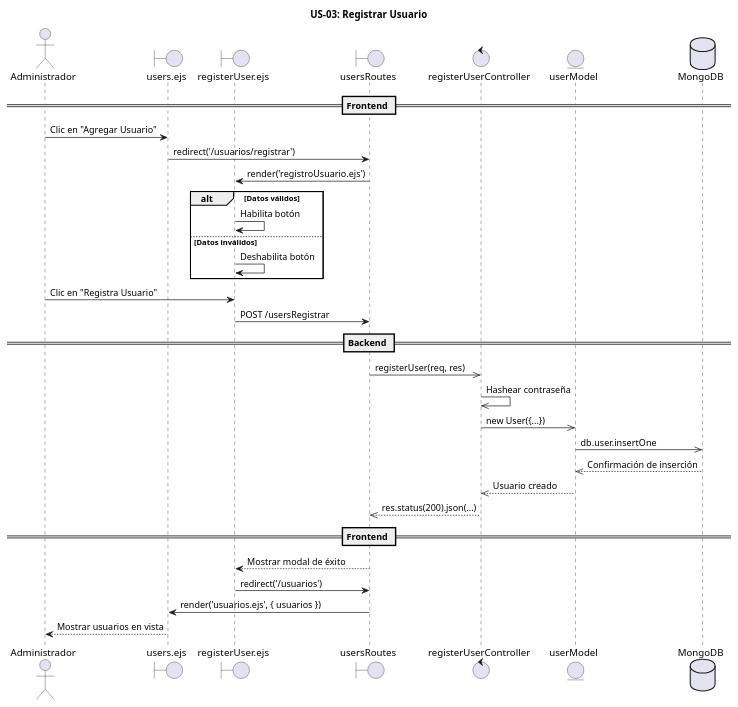
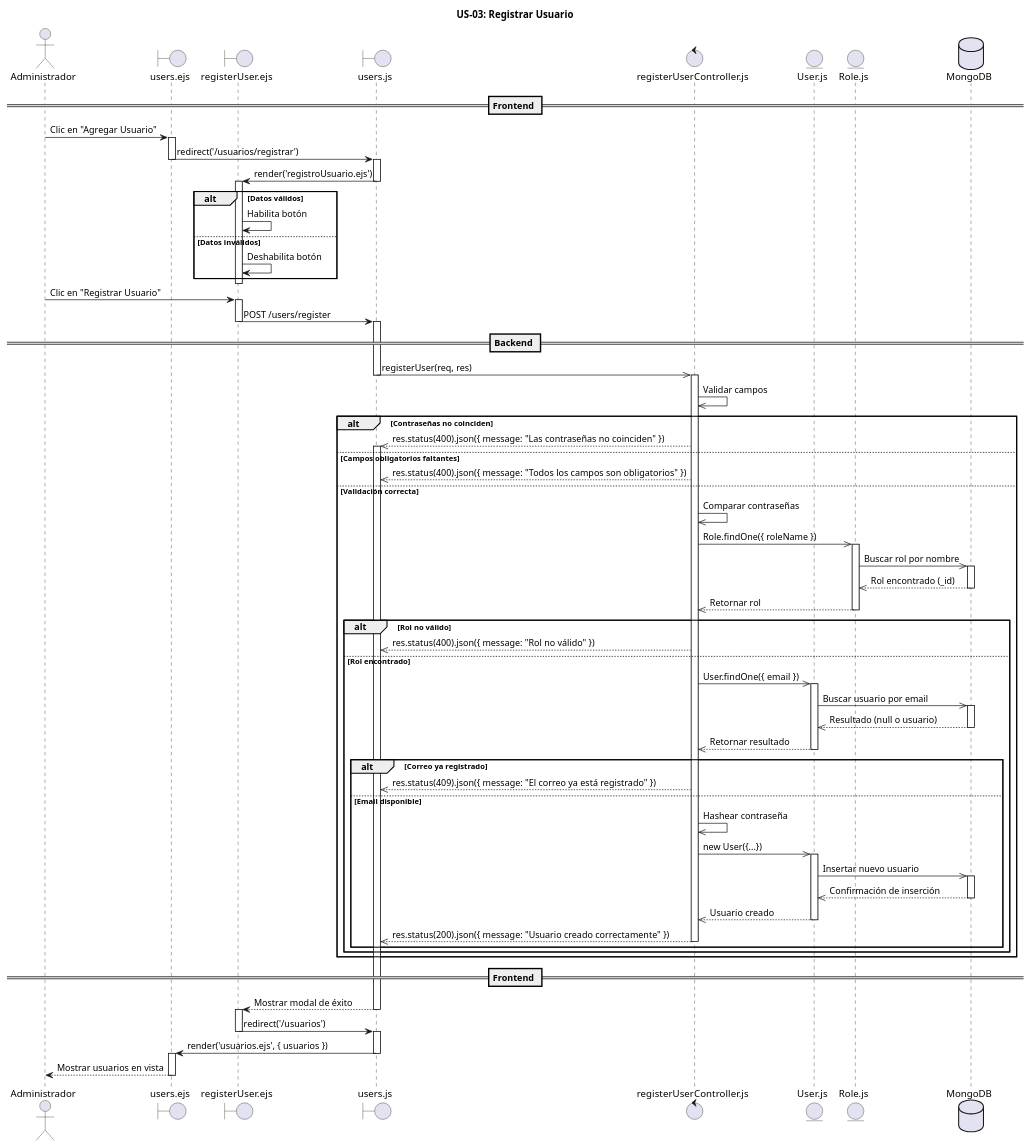
The diagram in MVP/US-03-registrarUsuario/US-03-registrarUsuario.puml (PIX3L-IT/dieselflow-dise-o), drawn with PlantUML before and after one commit. The commit also changed 3 other files, not shown here.

Commit message:
fix: registrar Usuario

```diff
--- a/MVP/US-03-registrarUsuario/US-03-registrarUsuario.puml
+++ b/MVP/US-03-registrarUsuario/US-03-registrarUsuario.puml
@@ -1,44 +1,112 @@
 @startuml
 title US-03: Registrar Usuario
 
 actor Administrador
 
 boundary "users.ejs" as VistaUsuarios
 boundary "registerUser.ejs" as VistaRegistro
-boundary "usersRoutes" as Router
-control "registerUserController" as Controller
-entity "userModel" as Modelo
+boundary "users.js" as Router
+control "registerUserController.js" as Controller
+entity "User.js" as UserModel
+entity "Role.js" as RoleModel
 database "MongoDB" as DB
 
 == Frontend ==
 Administrador -> VistaUsuarios : Clic en "Agregar Usuario"
+activate VistaUsuarios
 VistaUsuarios -> Router : redirect('/usuarios/registrar')
+deactivate VistaUsuarios
+
+activate Router
 Router -> VistaRegistro : render('registroUsuario.ejs')
+deactivate Router
+
+activate VistaRegistro
 alt Datos válidos
   VistaRegistro -> VistaRegistro : Habilita botón
 else Datos inválidos
   VistaRegistro -> VistaRegistro : Deshabilita botón
 end
+deactivate VistaRegistro
 
-Administrador -> VistaRegistro : Clic en "Registra Usuario"
-VistaRegistro -> Router : POST /usersRegistrar
+Administrador -> VistaRegistro : Clic en "Registrar Usuario"
+activate VistaRegistro
+VistaRegistro -> Router : POST /users/register
+deactivate VistaRegistro
 
 == Backend ==
+activate Router
 Router ->> Controller : registerUser(req, res)
-Controller ->> Controller : Hashear contraseña
-Controller ->> Modelo : new User({...})
+deactivate Router
 
-Modelo ->> DB : db.user.insertOne
-DB -->> Modelo : Confirmación de inserción
-Modelo -->> Controller : Usuario creado
+activate Controller
+Controller ->> Controller : Validar campos
 
-Controller -->> Router : res.status(200).json(...)
+alt Contraseñas no coinciden
+  Controller -->> Router : res.status(400).json({ message: "Las contraseñas no coinciden" })
+  activate Router
+else Campos obligatorios faltantes
+  Controller -->> Router : res.status(400).json({ message: "Todos los campos son obligatorios" })
+else Validación correcta
+  Controller ->> Controller : Comparar contraseñas
+
+  Controller ->> RoleModel : Role.findOne({ roleName })
+  activate RoleModel
+  RoleModel ->> DB : Buscar rol por nombre
+  activate DB
+  DB -->> RoleModel : Rol encontrado (_id)
+  deactivate DB
+  RoleModel -->> Controller : Retornar rol
+  deactivate RoleModel
+
+  alt Rol no válido
+    Controller -->> Router : res.status(400).json({ message: "Rol no válido" })
+  else Rol encontrado
+    Controller ->> UserModel : User.findOne({ email })
+    activate UserModel
+    UserModel ->> DB : Buscar usuario por email
+    activate DB
+    DB -->> UserModel : Resultado (null o usuario)
+    deactivate DB
+    UserModel -->> Controller : Retornar resultado
+    deactivate UserModel
+
+    alt Correo ya registrado
+      Controller -->> Router : res.status(409).json({ message: "El correo ya está registrado" })
+    else Email disponible
+      Controller ->> Controller : Hashear contraseña
+
+      Controller ->> UserModel : new User({...})
+      activate UserModel
+      UserModel ->> DB : Insertar nuevo usuario
+      activate DB
+      DB -->> UserModel : Confirmación de inserción
+      deactivate DB
+      UserModel -->> Controller : Usuario creado
+      deactivate UserModel
+
+      Controller -->> Router : res.status(200).json({ message: "Usuario creado correctamente" })
+      deactivate Controller
+    end
+  end
+end
+
+
 
 == Frontend ==
 Router --> VistaRegistro : Mostrar modal de éxito
+deactivate Router
 
+activate VistaRegistro
 VistaRegistro -> Router : redirect('/usuarios')
+deactivate VistaRegistro
+
+activate Router
 Router -> VistaUsuarios : render('usuarios.ejs', { usuarios })
+deactivate Router
+
+activate VistaUsuarios
 VistaUsuarios --> Administrador : Mostrar usuarios en vista
+deactivate VistaUsuarios
 
 @enduml
```
